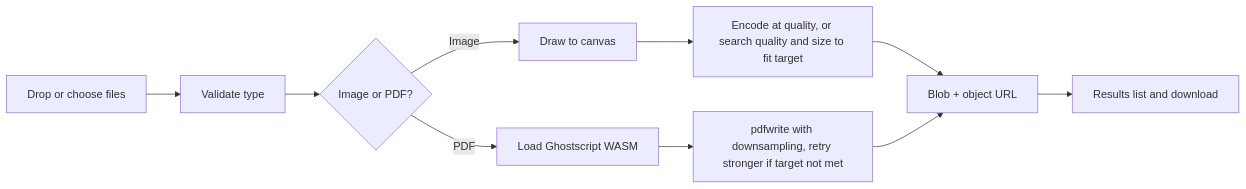
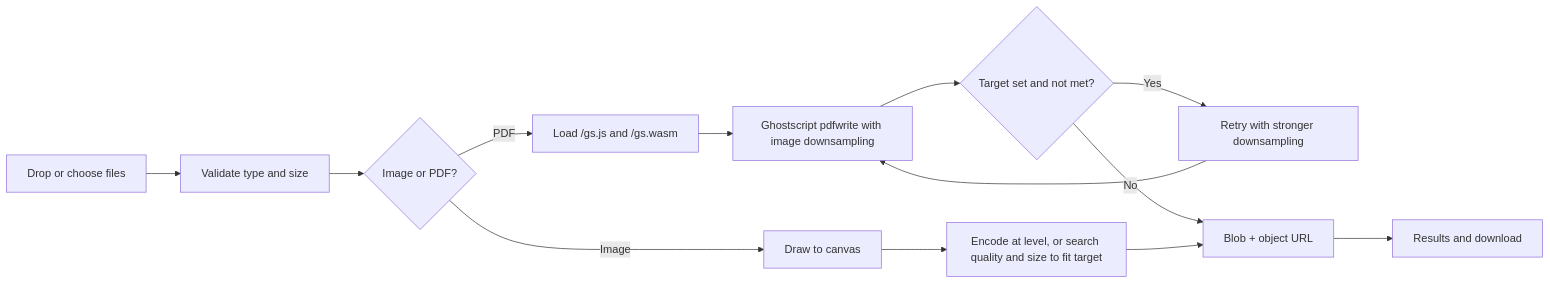
One commit to hrx0508/FileForge changed the diagram in README.md. Above: the diagram before and after it, drawn with Mermaid. The commit also changed other lines of this file, not shown here.

````diff
--- a/README.md
+++ b/README.md
@@ -69,12 +66,15 @@
 ```mermaid
 flowchart LR
-  A[Drop or choose files] --> B[Validate type]
+  A[Drop or choose files] --> B[Validate type and size]
   B --> C{Image or PDF?}
   C -->|Image| D[Draw to canvas]
-  D --> E[Encode at quality, or search quality and size to fit target]
-  C -->|PDF| F[Load Ghostscript WASM]
-  F --> G[pdfwrite with downsampling, retry stronger if target not met]
-  E --> H[Blob + object URL]
-  G --> H
-  H --> I[Results list and download]
+  D --> E[Encode at level, or search quality and size to fit target]
+  C -->|PDF| F[Load /gs.js and /gs.wasm]
+  F --> G[Ghostscript pdfwrite with image downsampling]
+  G --> H{Target set and not met?}
+  H -->|Yes| I[Retry with stronger downsampling]
+  I --> G
+  H -->|No| J[Blob + object URL]
+  E --> J
+  J --> K[Results and download]
 ```
````
